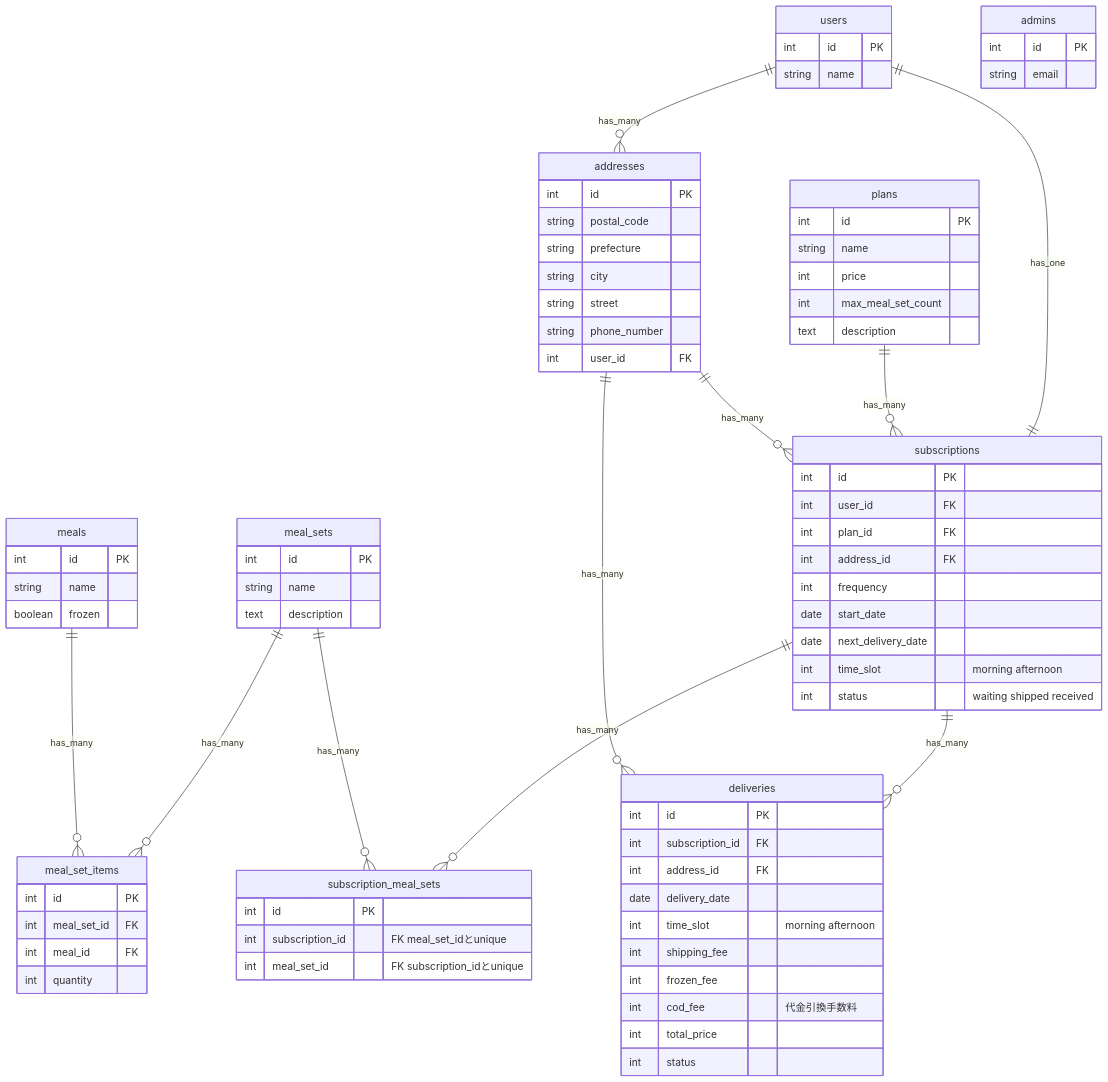
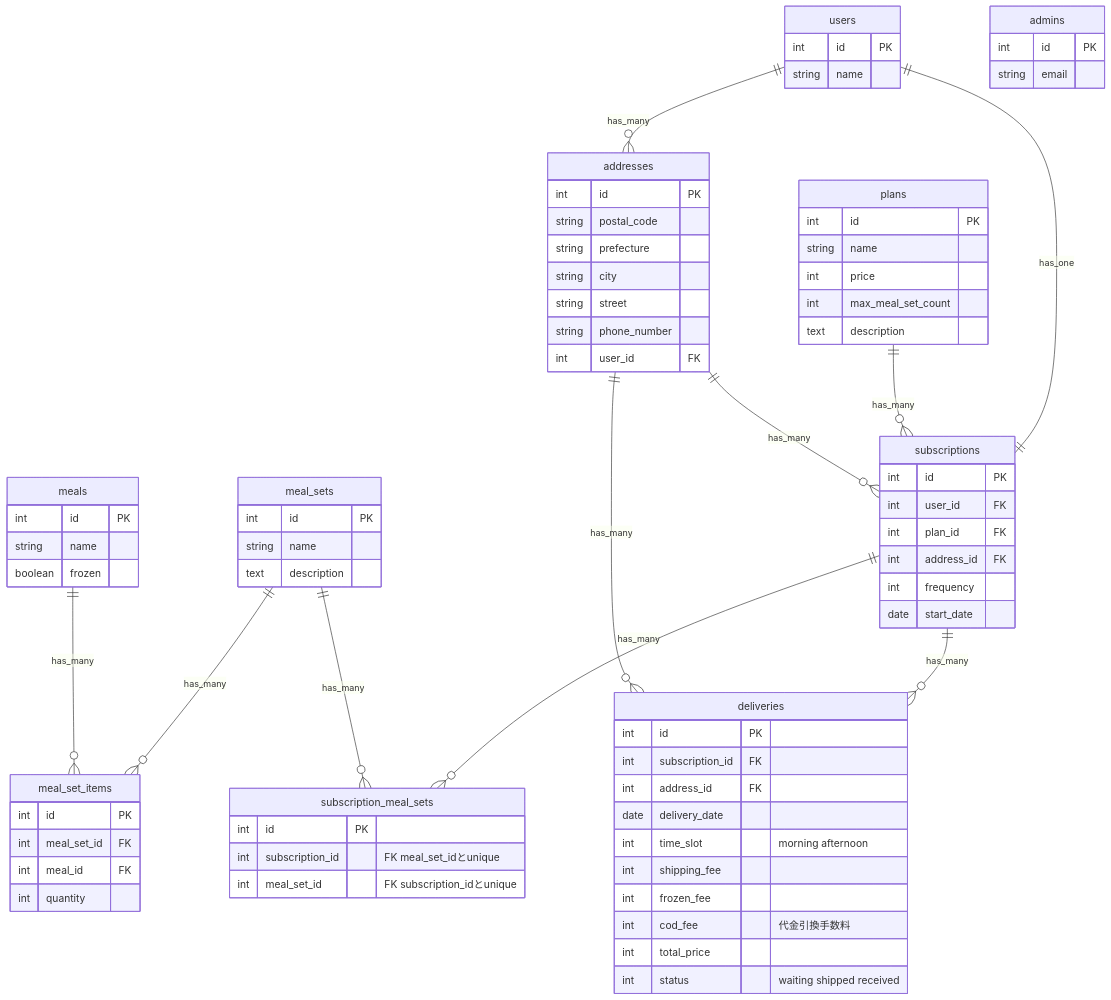
Before and after one commit to Hitoshi-Noborikawa/MealKitSubscriptionService: the diagram in README.md, drawn with Mermaid.

````diff
--- a/README.md
+++ b/README.md
@@ -4,83 +4,80 @@
 ``` mermaid
 erDiagram
     users {
         int id PK
         string name
     }
     addresses {
         int id PK
         string postal_code
         string prefecture
         string city
         string street
         string phone_number
         int user_id FK
     }
     meals {
         int id PK
         string name
         boolean frozen
     }
     meal_sets {
         int id PK
         string name
         text description
     }
     meal_set_items {
         int id PK
         int meal_set_id FK
         int meal_id FK
         int quantity
     }
     plans {
         int id PK
         string name
         int price
         int max_meal_set_count
         text description
     }
     subscriptions {
         int id PK
         int user_id FK
         int plan_id FK
         int address_id FK
         int frequency
         date start_date
-        date next_delivery_date
-        int time_slot "morning afternoon"
-        int status "waiting shipped received"
     }
     subscription_meal_sets {
         int id PK
         int subscription_id "FK meal_set_idとunique"
         int meal_set_id "FK subscription_idとunique"
     }
     deliveries {
         int id PK
         int subscription_id FK
         int address_id FK
         date delivery_date
         int time_slot "morning afternoon"
         int shipping_fee
         int frozen_fee
         int cod_fee "代金引換手数料"
         int total_price
-        int status
+        int status "waiting shipped received"
     }
     admins {
         int id PK
         string email
     }
 
     users ||--o{ addresses : has_many
     users ||--|| subscriptions : has_one
     plans ||--o{ subscriptions : "has_many"
     addresses ||--o{ subscriptions : has_many
     subscriptions ||--o{ subscription_meal_sets : has_many
     meal_sets ||--o{ subscription_meal_sets : has_many
     subscriptions ||--o{ deliveries : has_many
     addresses ||--o{ deliveries : has_many
     meal_sets ||--o{ meal_set_items : has_many
     meals ||--o{ meal_set_items : has_many
 
 ```
````
